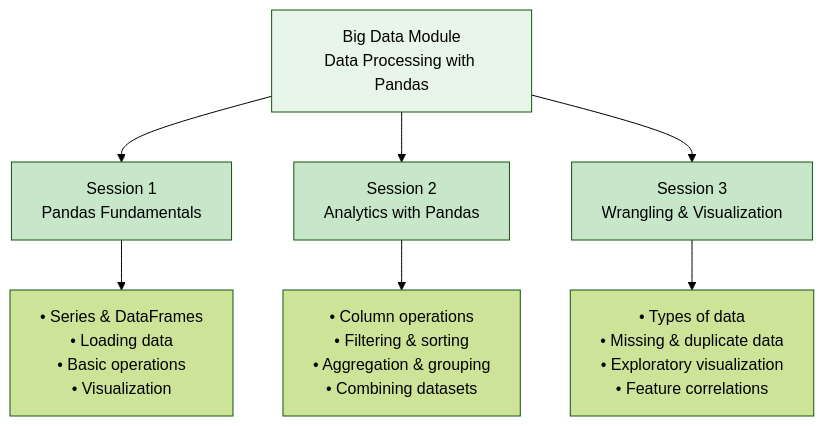
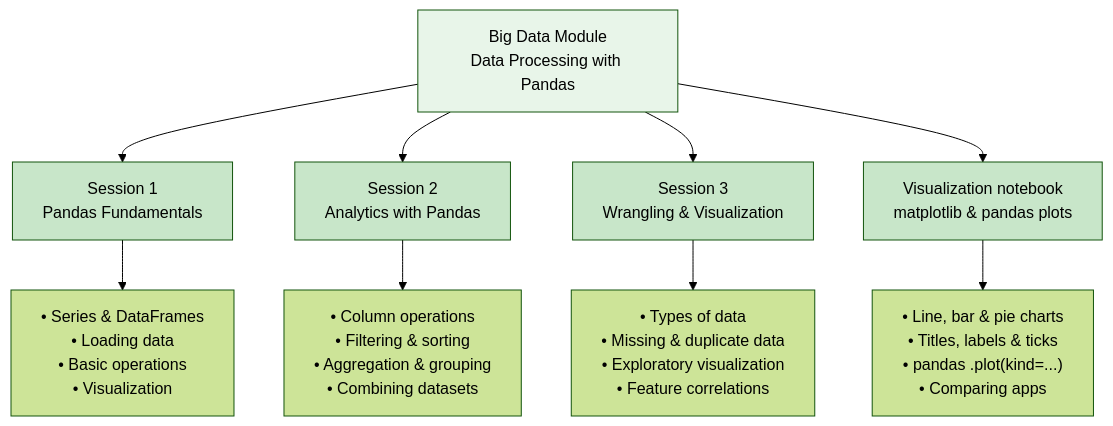
One commit to iportilla/CItraining changed the first of 11 diagrams in module-bd/DOCUMENTATION.md. Above: the diagram before and after it, drawn with Mermaid (forest theme). The commit also changed other lines of this file and 2 other files, not shown here.

First line of the commit message:
module-bd: add a visualization notebook and document it

````diff
--- a/module-bd/DOCUMENTATION.md
+++ b/module-bd/DOCUMENTATION.md
@@ -22,17 +22,20 @@
 ```mermaid
 graph TB
     BigData["Big Data Module<br/>Data Processing with Pandas"]
     
     BigData --> Session1["Session 1<br/>Pandas Fundamentals"]
     BigData --> Session2["Session 2<br/>Analytics with Pandas"]
     BigData --> Session3["Session 3<br/>Wrangling & Visualization"]
+    BigData --> Viz["Visualization notebook<br/>matplotlib & pandas plots"]
     
     Session1 --> Topics1["• Series & DataFrames<br/>• Loading data<br/>• Basic operations<br/>• Visualization"]
     Session2 --> Topics2["• Column operations<br/>• Filtering & sorting<br/>• Aggregation & grouping<br/>• Combining datasets"]
     Session3 --> Topics3["• Types of data<br/>• Missing & duplicate data<br/>• Exploratory visualization<br/>• Feature correlations"]
+    Viz --> TopicsViz["• Line, bar & pie charts<br/>• Titles, labels & ticks<br/>• pandas .plot(kind=...)<br/>• Comparing apps"]
     
     style BigData fill:#e8f5e9
     style Session1 fill:#c8e6c9
     style Session2 fill:#c8e6c9
     style Session3 fill:#c8e6c9
+    style Viz fill:#c8e6c9
 ```
````
